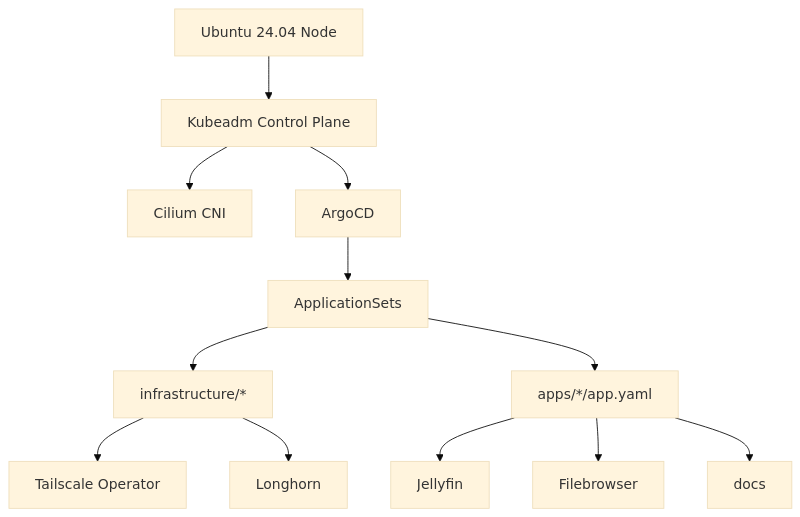
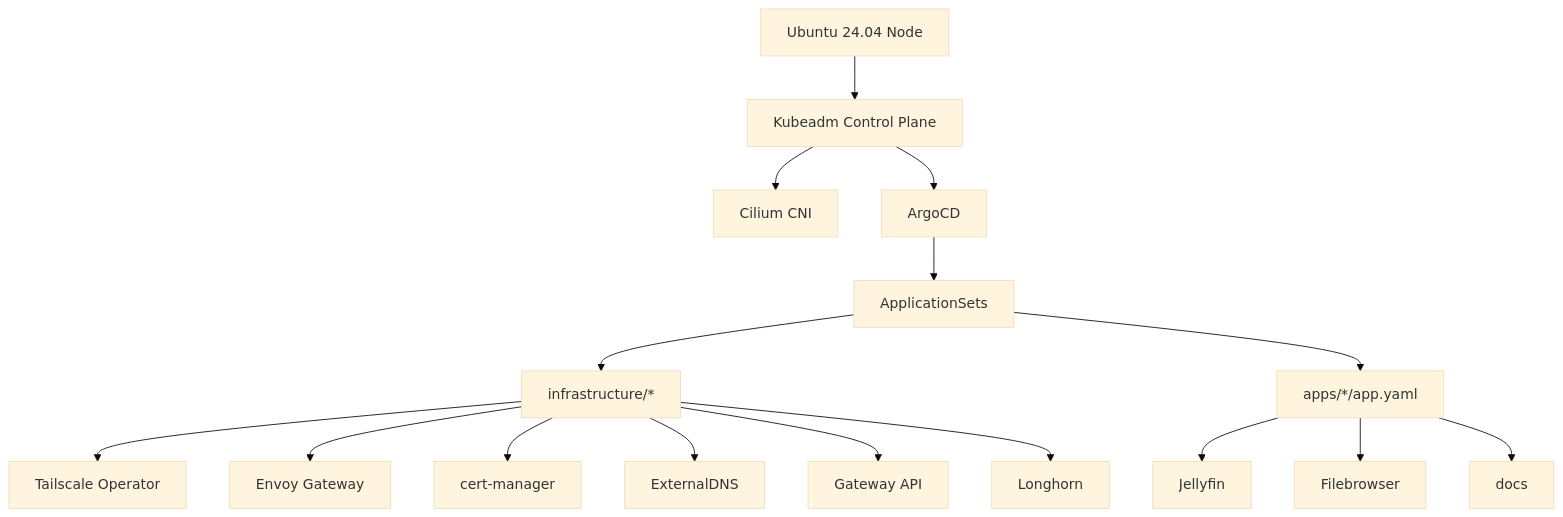
One commit to nsudhanva/homelab changed the first of 2 diagrams in docs/docs/intro.md. Above: the diagram before and after it, drawn with Mermaid (base theme). The commit also changed 25 other files, not shown here.

Commit message:
feat: gateway api routes

````diff
--- a/docs/docs/intro.md
+++ b/docs/docs/intro.md
@@ -52,14 +52,18 @@
 ```mermaid
 graph TD
   Host[Ubuntu 24.04 Node] --> Kubeadm[Kubeadm Control Plane]
   Kubeadm --> Cilium[Cilium CNI]
   Kubeadm --> ArgoCD[ArgoCD]
   ArgoCD --> AppSets[ApplicationSets]
   AppSets --> Infra[infrastructure/*]
   AppSets --> Apps[apps/*/app.yaml]
   Infra --> Tailscale[Tailscale Operator]
+  Infra --> Envoy[Envoy Gateway]
+  Infra --> CertManager[cert-manager]
+  Infra --> ExternalDNS[ExternalDNS]
+  Infra --> Gateway[Gateway API]
   Infra --> Longhorn[Longhorn]
   Apps --> Jellyfin[Jellyfin]
   Apps --> Filebrowser[Filebrowser]
   Apps --> Docs[docs]
 ```
````
